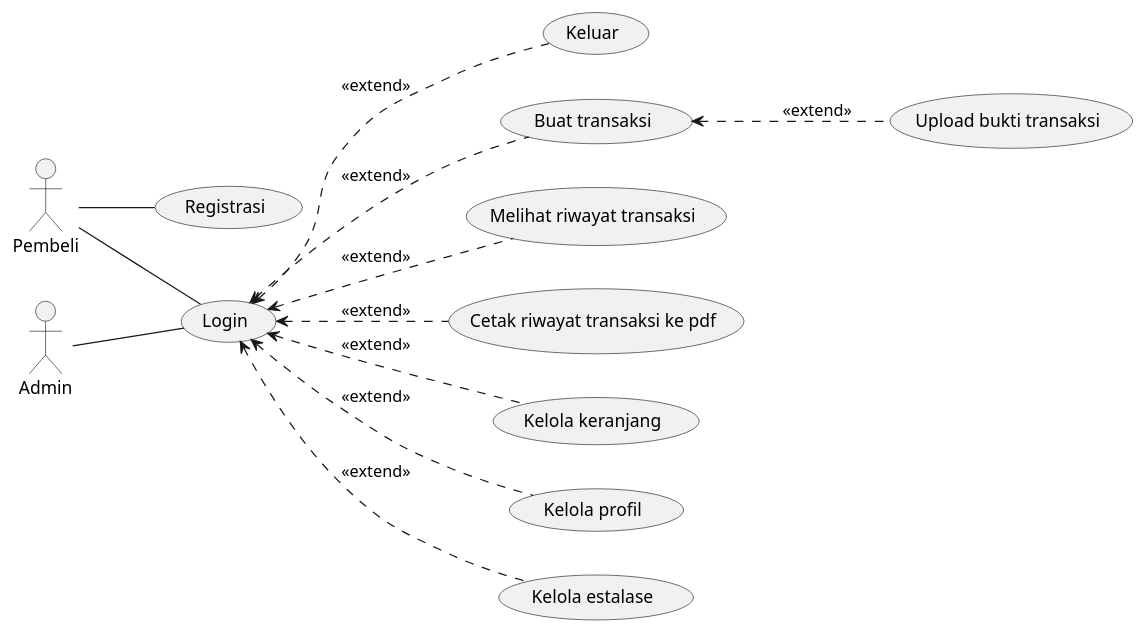
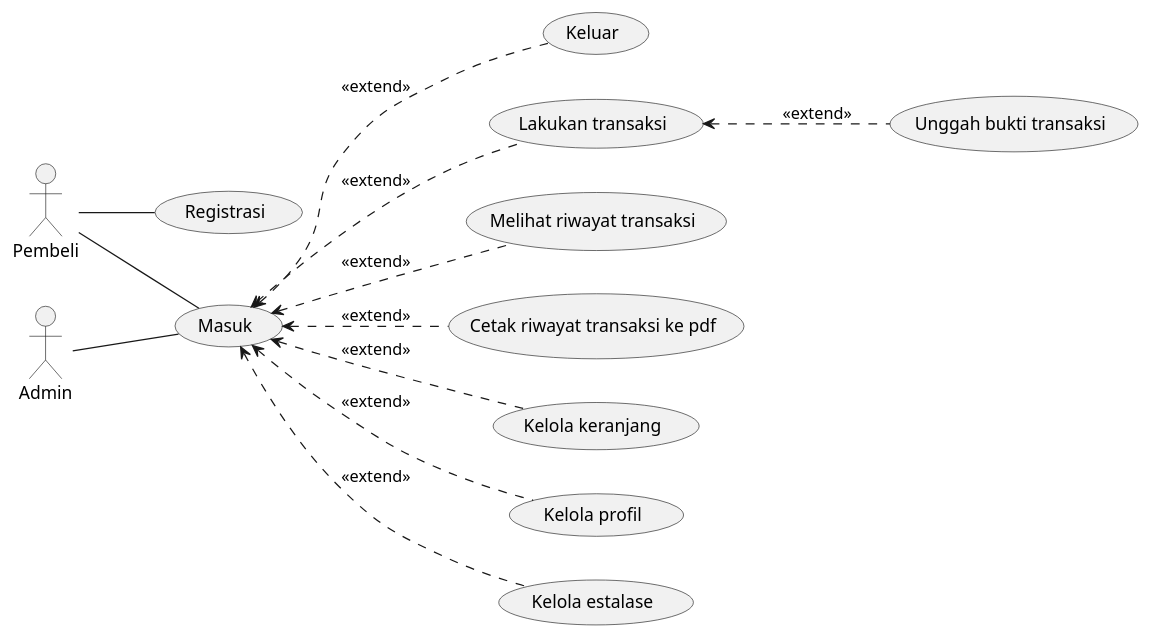
One commit to stnDinus/skpl_apbo_diagrams changed the diagram in use_case.puml. Above: the diagram before and after it, drawn with PlantUML.

Commit message:
style: wording

```diff
--- a/use_case.puml
+++ b/use_case.puml
@@ -1,34 +1,34 @@
 @startuml
 left to right direction
 
 actor Pembeli as usr
 actor Admin as root
 
-(Login) as signin
+(Masuk) as signin
 (Registrasi) as signup
 (Keluar) as signout
-(Buat transaksi) as trx
-(Upload bukti transaksi) as up_trx_receipt
+(Lakukan transaksi) as trx
+(Unggah bukti transaksi) as up_trx_receipt
 (Melihat riwayat transaksi) as trx_history
 (Cetak riwayat transaksi ke pdf) as pdf_trx_history
 (Kelola keranjang) as mng_cart
 (Kelola profil) as mng_profile
 (Kelola estalase) as stock
 
 usr -- signin
 usr -- signup
 
 root -- signin
 
 signin <.. trx: <<extend>>
 signin <.. trx_history: <<extend>>
 signin <.. pdf_trx_history: <<extend>>
 signin <.. mng_cart: <<extend>>
 signin <.. mng_profile: <<extend>>
 signin <.. signout: <<extend>>
 
 trx <.. up_trx_receipt: <<extend>>
 
 signin <.. stock: <<extend>>
 
 @enduml
```
